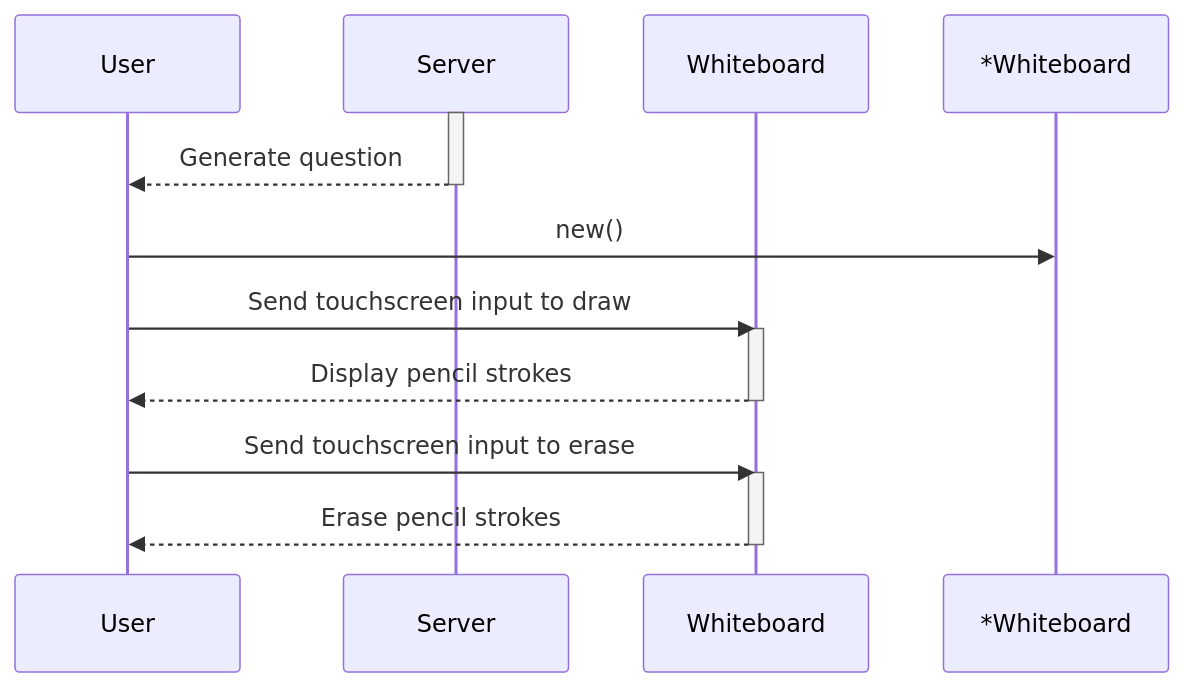
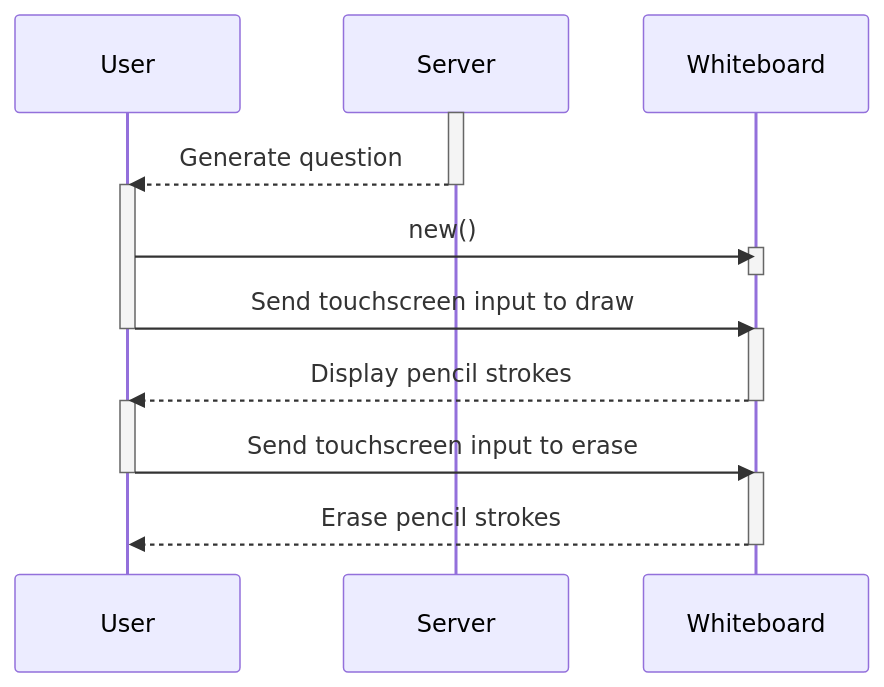
Before and after one commit to capstone-projects-2024-fall/project-whiteboardflow: the second of 8 diagrams in documentation/docs/system-architecture/Sequence Diagrams.md, drawn with Mermaid. The commit also changed other lines of this file, not shown here.

First line of the commit message:
Revise sequence diagrams

````diff
--- a/documentation/docs/system-architecture/Sequence Diagrams.md
+++ b/documentation/docs/system-architecture/Sequence Diagrams.md
@@ -58,27 +64,32 @@
 ```mermaid
 
 sequenceDiagram
 
 participant User
 participant Server
 participant Whiteboard
 
 activate Server
-Server-->>User:Generate question
+Server -->> User: Generate question
 deactivate Server
 
-User->>*Whiteboard:new()
-User->>Whiteboard:Send touchscreen input to draw
+activate User
+User ->> Whiteboard: new()
+activate Whiteboard
+deactivate Whiteboard
+User ->> Whiteboard: Send touchscreen input to draw
+deactivate User
 
 activate Whiteboard
-Whiteboard-->>User:Display pencil strokes
+Whiteboard -->> User: Display pencil strokes
 deactivate Whiteboard
 
-User->>Whiteboard:Send touchscreen input to erase
+activate User
+User ->> Whiteboard: Send touchscreen input to erase
+deactivate User
 
 activate Whiteboard
-Whiteboard-->>User:Erase pencil strokes
+Whiteboard -->> User: Erase pencil strokes
 deactivate Whiteboard
 
- 
 ```
````
